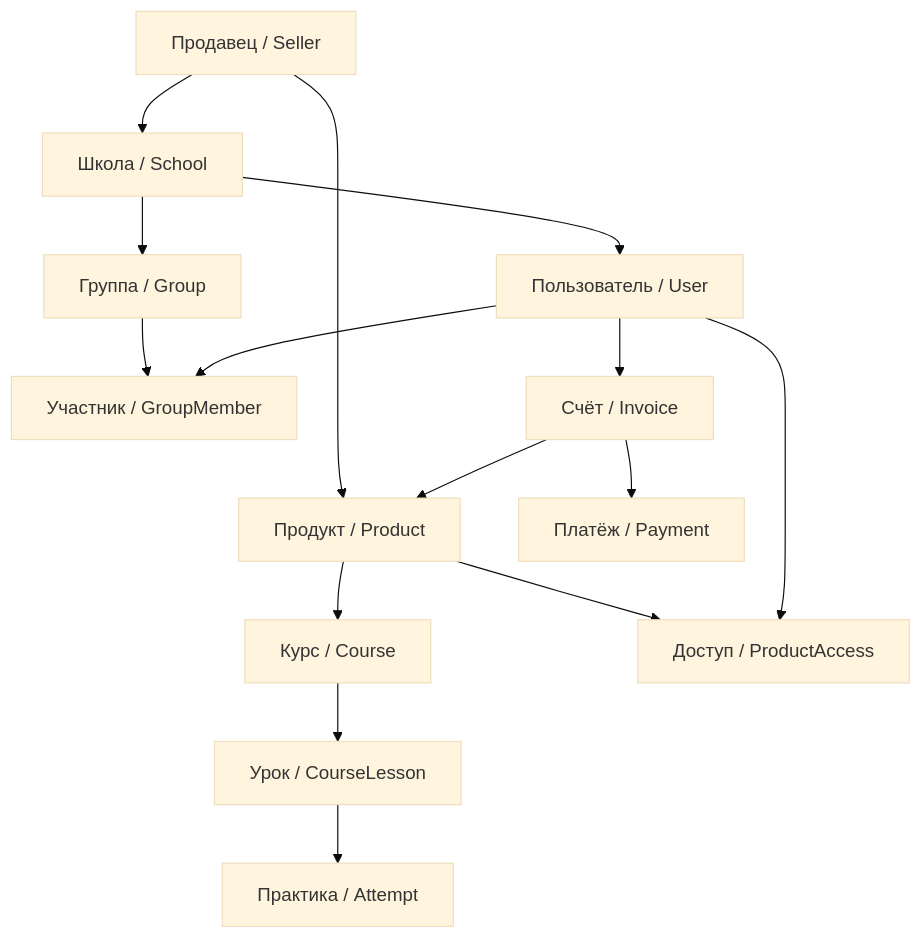
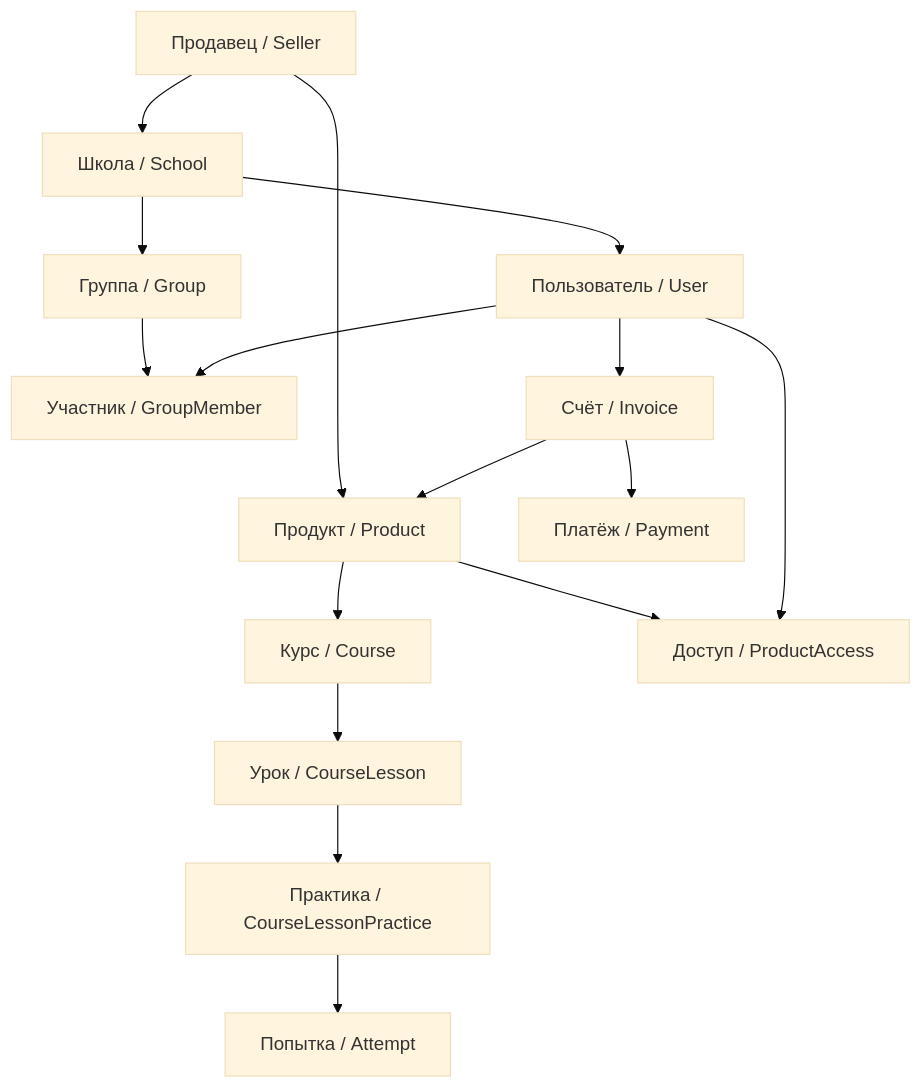
The diagram in ru/exode-api/concepts.mdx (exode-team/exode-docs), drawn with Mermaid (base theme) before and after one commit. The commit also changed other lines of this file and 11 other files, not shown here.

````diff
--- a/ru/exode-api/concepts.mdx
+++ b/ru/exode-api/concepts.mdx
@@ -10,17 +10,18 @@
 ```mermaid
 flowchart TD
     Seller[Продавец / Seller] --> School[Школа / School]
     School --> User[Пользователь / User]
     School --> Group[Группа / Group]
     Seller --> Product[Продукт / Product]
     Product --> Course[Курс / Course]
     Course --> Lesson[Урок / CourseLesson]
-    Lesson --> Practice[Практика / Attempt]
+    Lesson --> Practice[Практика / CourseLessonPractice]
+    Practice --> Attempt[Попытка / Attempt]
     Group --> GroupMember[Участник / GroupMember]
     User --> GroupMember
     Product --> Access[Доступ / ProductAccess]
     User --> Access
     User --> Invoice[Счёт / Invoice]
     Invoice --> Payment[Платёж / Payment]
     Invoice --> Product
 ```
````
